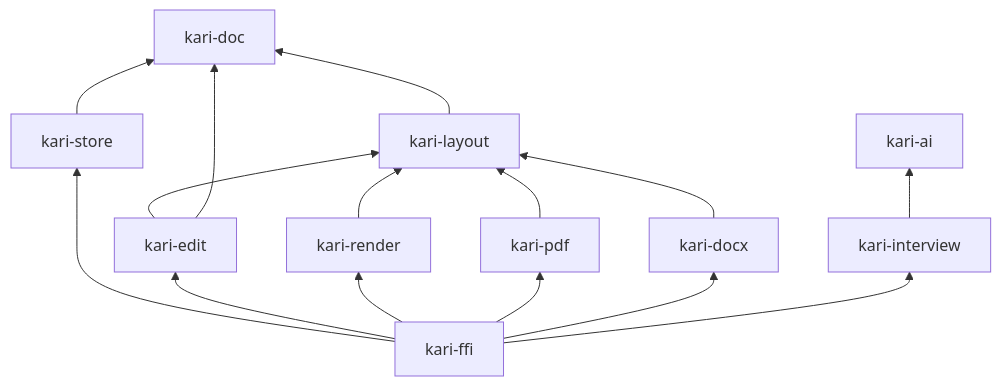
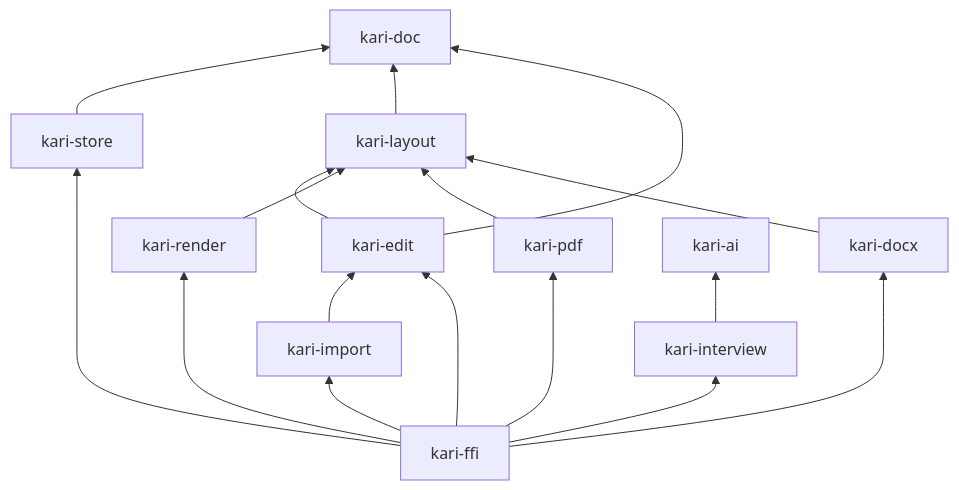
Before and after one commit to algocean1204/Kari-docs-helper-with-ai: the second of 3 diagrams in Docs/architecture/overview.md, drawn with Mermaid. The commit also changed other lines of this file and 37 other files, not shown here.

````diff
--- a/Docs/architecture/overview.md
+++ b/Docs/architecture/overview.md
@@ -42,14 +43,15 @@
 ```mermaid
 flowchart BT
   doc[kari-doc]
   store[kari-store] --> doc
   layout[kari-layout] --> doc
   edit[kari-edit] --> layout
   edit --> doc
   render[kari-render] --> layout
   pdf[kari-pdf] --> layout
   docx[kari-docx] --> layout
+  import[kari-import] --> edit
   ai[kari-ai]
   interview[kari-interview] --> ai
-  ffi[kari-ffi] --> store & edit & render & pdf & docx & interview
+  ffi[kari-ffi] --> store & edit & render & pdf & docx & import & interview
 ```
````
